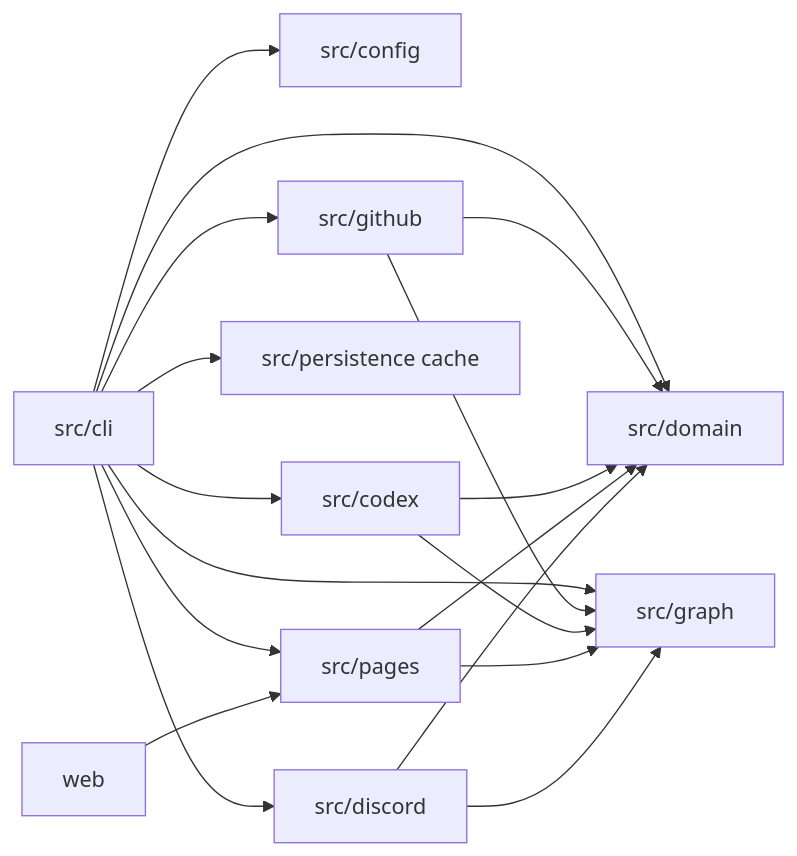
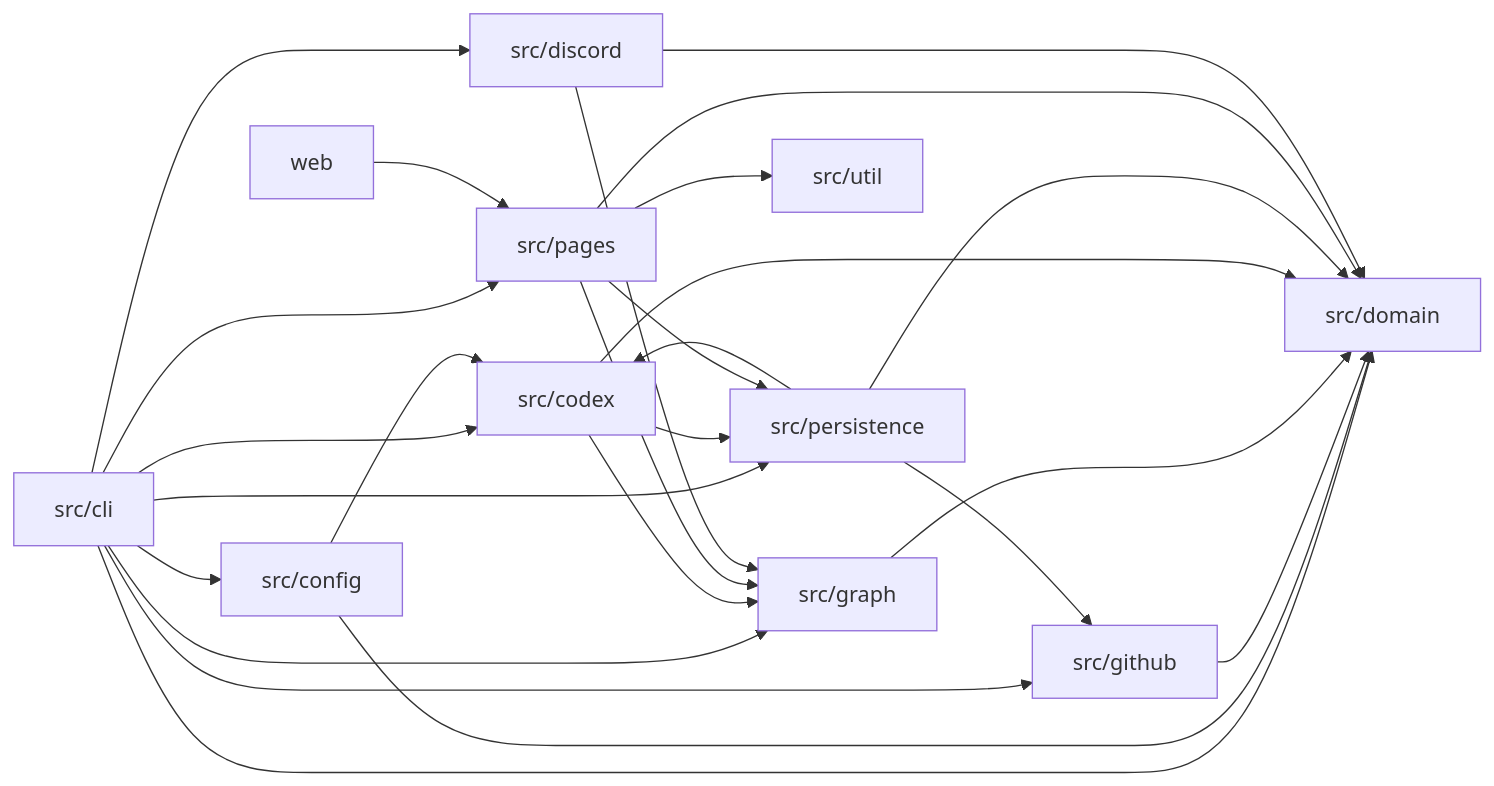
Before and after one commit to Hiroshiba/voicevox_task_tracker: the diagram in docs/ARCHITECTURE.md, drawn with Mermaid. The commit also changed other lines of this file and 181 other files, not shown here.

````diff
--- a/docs/ARCHITECTURE.md
+++ b/docs/ARCHITECTURE.md
@@ -25,20 +27,29 @@
 ```mermaid
 flowchart LR
   CLI[src/cli] --> Config[src/config]
   CLI --> GitHub[src/github]
   CLI --> Domain[src/domain]
   CLI --> Graph[src/graph]
   CLI --> Codex[src/codex]
-  CLI --> Cache[src/persistence cache]
+  CLI --> State[src/persistence]
   CLI --> Pages[src/pages]
   CLI --> Discord[src/discord]
+  Util[src/util]
+  Config --> Codex
+  Config --> Domain
   GitHub --> Domain
-  GitHub --> Graph
+  Graph --> Domain
   Codex --> Domain
   Codex --> Graph
+  Codex --> State
+  State --> Codex
+  State --> Domain
+  State --> GitHub
   Pages --> Domain
   Pages --> Graph
+  Pages --> State
+  Pages --> Util
   Discord --> Domain
   Discord --> Graph
   Web[web] --> Pages
 ```
````
